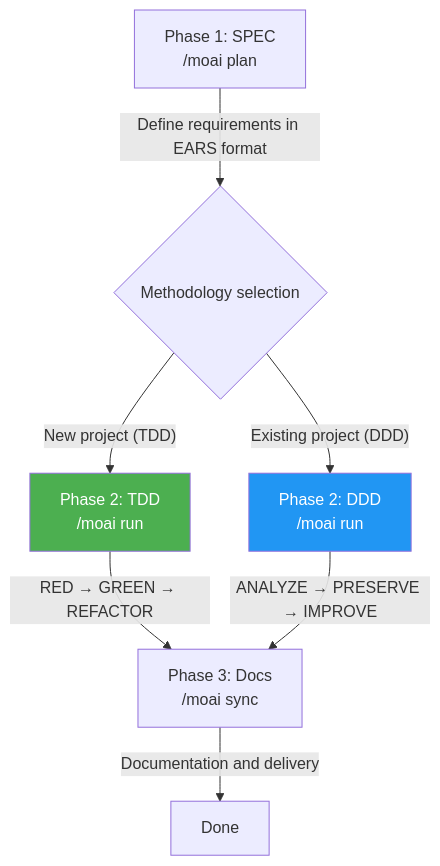
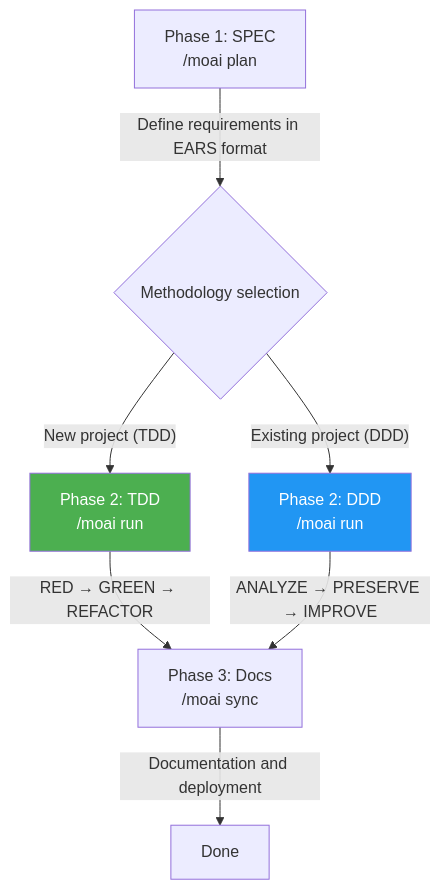
Before and after one commit to modu-ai/moai-adk: the second of 2 diagrams in docs-site/content/en/getting-started/introduction.md, drawn with Mermaid. The commit also changed other lines of this file and 180 other files, not shown here.

````diff
--- a/docs-site/content/en/getting-started/introduction.md
+++ b/docs-site/content/en/getting-started/introduction.md
@@ -212,12 +212,12 @@
 ```mermaid
 flowchart TD
     A["Phase 1: SPEC<br/>/moai plan"] -->|"Define requirements in EARS format"| B{"Methodology selection"}
     B -->|"New project (TDD)"| C["Phase 2: TDD<br/>/moai run"]
     B -->|"Existing project (DDD)"| D["Phase 2: DDD<br/>/moai run"]
     C -->|"RED → GREEN → REFACTOR"| E["Phase 3: Docs<br/>/moai sync"]
     D -->|"ANALYZE → PRESERVE → IMPROVE"| E
-    E -->|"Documentation and delivery"| F["Done"]
+    E -->|"Documentation and deployment"| F["Done"]
 
     style C fill:#4CAF50,color:#fff
     style D fill:#2196F3,color:#fff
 ```
````
